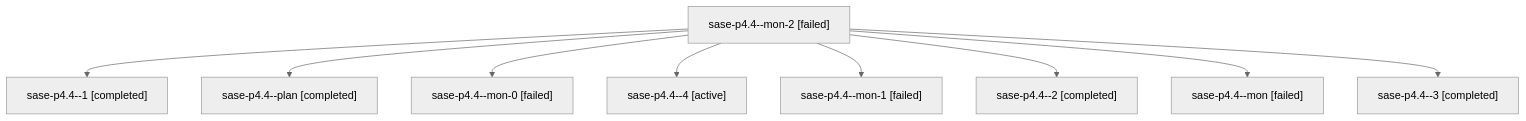
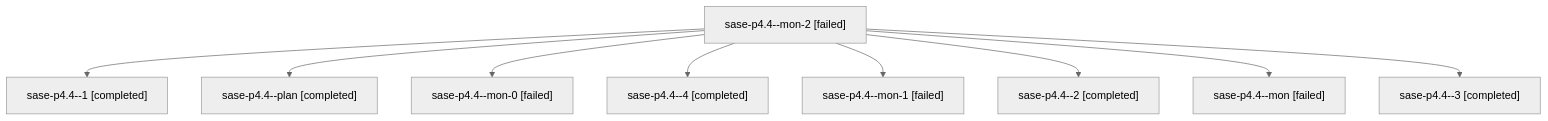
The diagram in families/bbugyi200.athena.sase-p4.4.md (sase-org/sase--agents), drawn with Mermaid (neutral theme) before and after one commit. The commit also changed other lines of this file and 71 other files, not shown here.

````diff
--- a/families/bbugyi200.athena.sase-p4.4.md
+++ b/families/bbugyi200.athena.sase-p4.4.md
@@ -9,20 +9,20 @@
 ```mermaid
 flowchart TD
   n0["sase-p4.4--mon-2 [failed]"]
   n1["sase-p4.4--1 [completed]"]
   n0 --> n1
   n2["sase-p4.4--plan [completed]"]
   n0 --> n2
   n3["sase-p4.4--mon-0 [failed]"]
   n0 --> n3
-  n4["sase-p4.4--4 [active]"]
+  n4["sase-p4.4--4 [completed]"]
   n0 --> n4
   n5["sase-p4.4--mon-1 [failed]"]
   n0 --> n5
   n6["sase-p4.4--2 [completed]"]
   n0 --> n6
   n7["sase-p4.4--mon [failed]"]
   n0 --> n7
   n8["sase-p4.4--3 [completed]"]
   n0 --> n8
 ```
````
